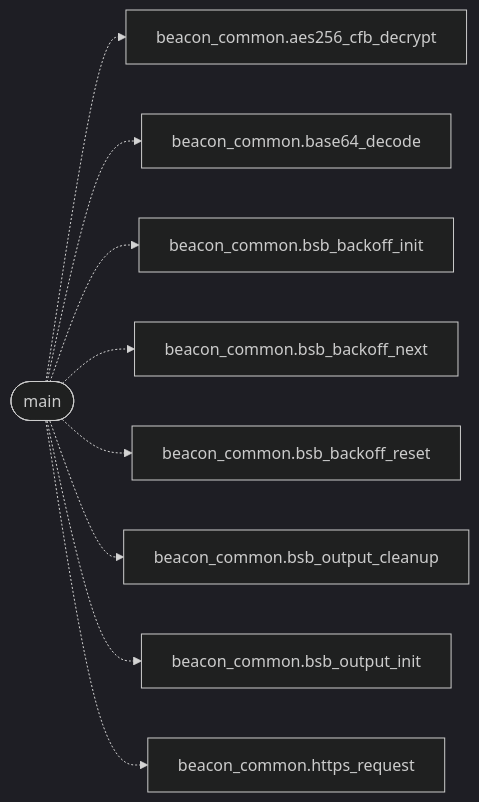
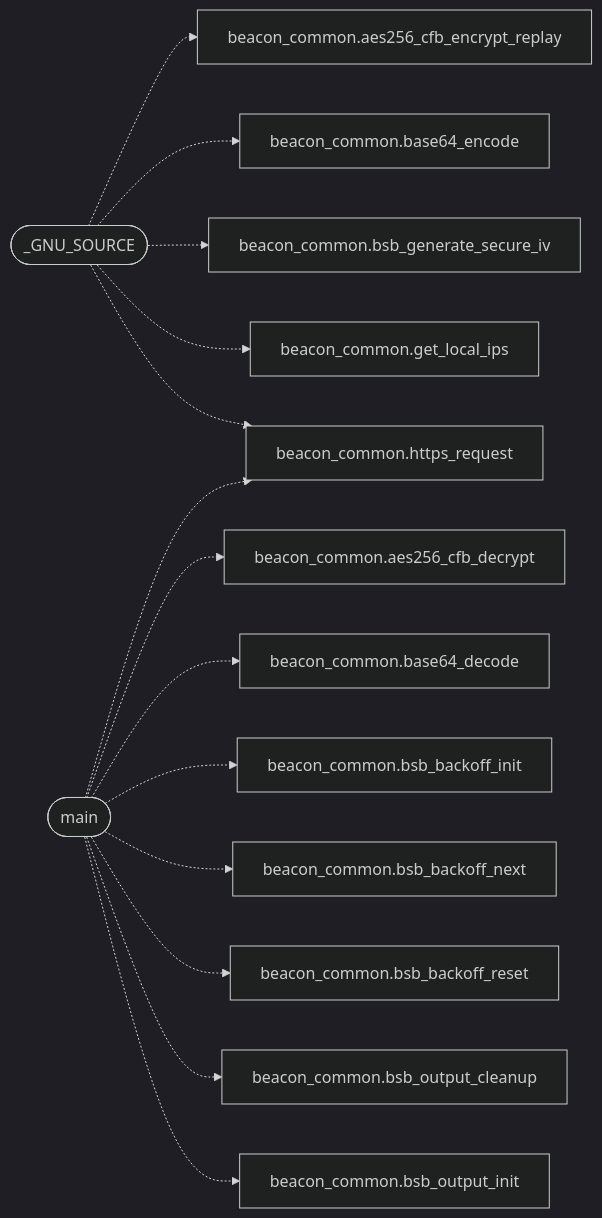
Before and after one commit to grisuno/blacksandbeacon: the diagram in readmenator-apidocs/modules/beacons.v1.beacon.c.md, drawn with Mermaid (dark theme). The commit also changed other lines of this file and 380 other files, not shown here.

````diff
--- a/readmenator-apidocs/modules/beacons.v1.beacon.c.md
+++ b/readmenator-apidocs/modules/beacons.v1.beacon.c.md
@@ -14,20 +14,30 @@
 ```mermaid
 flowchart LR
+    n_beacons_v1_beacon_c___GNU_SOURCE(["_GNU_SOURCE"])
+    n_include_beacon_common_h__aes256_cfb_encrypt_replay["beacon_common.aes256_cfb_encrypt_replay"]
+    n_include_beacon_common_h__base64_encode["beacon_common.base64_encode"]
+    n_include_beacon_common_h__bsb_generate_secure_iv["beacon_common.bsb_generate_secure_iv"]
+    n_include_beacon_common_h__get_local_ips["beacon_common.get_local_ips"]
+    n_include_beacon_common_h__https_request["beacon_common.https_request"]
     n_beacons_v1_beacon_c__main(["main"])
     n_include_beacon_common_h__aes256_cfb_decrypt["beacon_common.aes256_cfb_decrypt"]
     n_include_beacon_common_h__base64_decode["beacon_common.base64_decode"]
     n_include_beacon_common_h__bsb_backoff_init["beacon_common.bsb_backoff_init"]
     n_include_beacon_common_h__bsb_backoff_next["beacon_common.bsb_backoff_next"]
     n_include_beacon_common_h__bsb_backoff_reset["beacon_common.bsb_backoff_reset"]
     n_include_beacon_common_h__bsb_output_cleanup["beacon_common.bsb_output_cleanup"]
     n_include_beacon_common_h__bsb_output_init["beacon_common.bsb_output_init"]
-    n_include_beacon_common_h__https_request["beacon_common.https_request"]
+    n_beacons_v1_beacon_c___GNU_SOURCE -.-> n_include_beacon_common_h__aes256_cfb_encrypt_replay
+    n_beacons_v1_beacon_c___GNU_SOURCE -.-> n_include_beacon_common_h__base64_encode
+    n_beacons_v1_beacon_c___GNU_SOURCE -.-> n_include_beacon_common_h__bsb_generate_secure_iv
+    n_beacons_v1_beacon_c___GNU_SOURCE -.-> n_include_beacon_common_h__get_local_ips
+    n_beacons_v1_beacon_c___GNU_SOURCE -.-> n_include_beacon_common_h__https_request
     n_beacons_v1_beacon_c__main -.-> n_include_beacon_common_h__aes256_cfb_decrypt
     n_beacons_v1_beacon_c__main -.-> n_include_beacon_common_h__base64_decode
     n_beacons_v1_beacon_c__main -.-> n_include_beacon_common_h__bsb_backoff_init
     n_beacons_v1_beacon_c__main -.-> n_include_beacon_common_h__bsb_backoff_next
     n_beacons_v1_beacon_c__main -.-> n_include_beacon_common_h__bsb_backoff_reset
     n_beacons_v1_beacon_c__main -.-> n_include_beacon_common_h__bsb_output_cleanup
     n_beacons_v1_beacon_c__main -.-> n_include_beacon_common_h__bsb_output_init
     n_beacons_v1_beacon_c__main -.-> n_include_beacon_common_h__https_request
 ```
````
